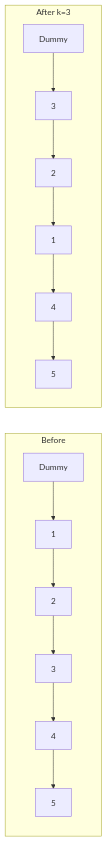
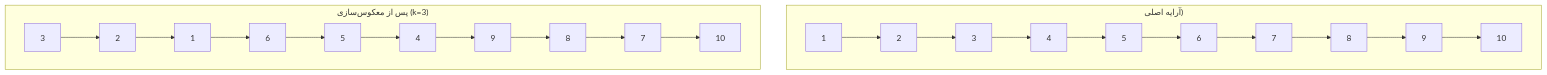
The diagram in 9T.md (smhnaghavi/Paya), drawn with Mermaid before and after one commit.

Commit message:
Update mermaid

````diff
--- a/9T.md
+++ b/9T.md
@@ -60,18 +60,12 @@
 ```mermaid
-graph LR
-    subgraph Before
-    A[Dummy] --> B[1]
-    B --> C[2]
-    C --> D[3]
-    D --> E[4]
-    E --> F[5]
+graph TB
+    subgraph Original["آرایه اصلی)"]
+        direction LR
+        O1[1] --> O2[2] --> O3[3] --> O4[4] --> O5[5] --> O6[6] --> O7[7] --> O8[8] --> O9[9] --> O10[10]
     end
     
-    subgraph After_k_equals_3["After k=3"]
-    G[Dummy] --> H[3]
-    H --> I[2]
-    I --> J[1]
-    J --> K[4]
-    K --> L[5]
+    subgraph Reversed_k_3["پس از معکوس‌سازی (k=3)"]
+        direction LR
+        R3[3] --> R2[2] --> R1[1] --> R6[6] --> R5[5] --> R4[4] --> R9[9] --> R8[8] --> R7[7] --> R10[10]
     end
 ```
````
